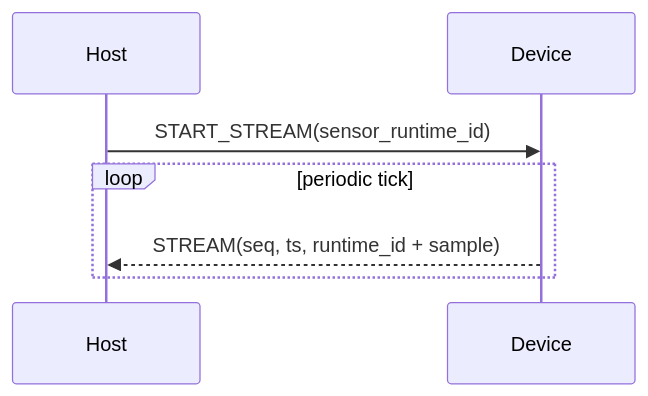
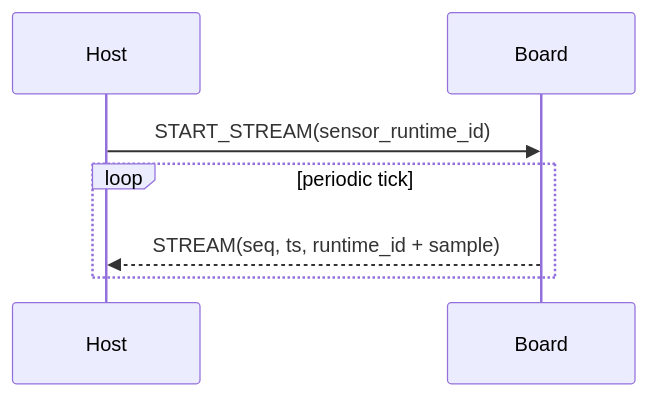
One commit to brahimab8/stm32-power-scope changed the seventh of 7 diagrams in docs/architecture.md. Above: the diagram before and after it, drawn with Mermaid. The commit also changed other lines of this file and 8 other files, not shown here.

Commit message:
docs: rewrite README and architecture; add new docs for the daemon, ctr_cli and build & test workflows; ensure path consistency across docs

````diff
--- a/docs/architecture.md
+++ b/docs/architecture.md
@@ -112,10 +228,10 @@
 ```mermaid
 sequenceDiagram
   participant Host as Host
-  participant Dev as Device
+  participant Board as Board
 
-  Host->>Dev: START_STREAM(sensor_runtime_id)
+  Host->>Board: START_STREAM(sensor_runtime_id)
   loop periodic tick
-    Dev-->>Host: STREAM(seq, ts, runtime_id + sample)
+    Board-->>Host: STREAM(seq, ts, runtime_id + sample)
   end
 ```
````
